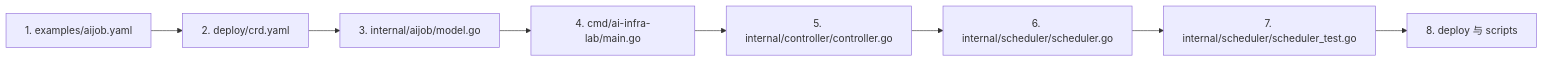
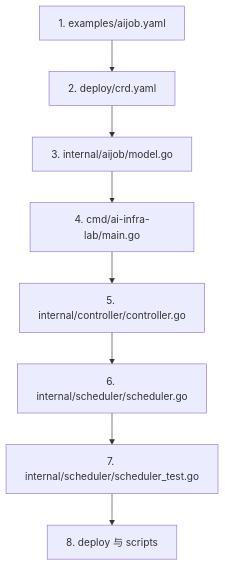
Before and after one commit to tihaya-anon/ai-infra: the second of 2 diagrams in docs/tutorial.md, drawn with Mermaid.

Commit message:
docs: use vertical Mermaid diagrams

````diff
--- a/docs/tutorial.md
+++ b/docs/tutorial.md
@@ -78,10 +78,10 @@
 ```mermaid
-flowchart LR
+flowchart TD
     Example[1. examples/aijob.yaml] --> CRD[2. deploy/crd.yaml]
     CRD --> Model[3. internal/aijob/model.go]
     Model --> Main[4. cmd/ai-infra-lab/main.go]
     Main --> Controller[5. internal/controller/controller.go]
     Controller --> Scheduler[6. internal/scheduler/scheduler.go]
     Scheduler --> Tests[7. internal/scheduler/scheduler_test.go]
     Tests --> Deploy[8. deploy 与 scripts]
 ```
````
